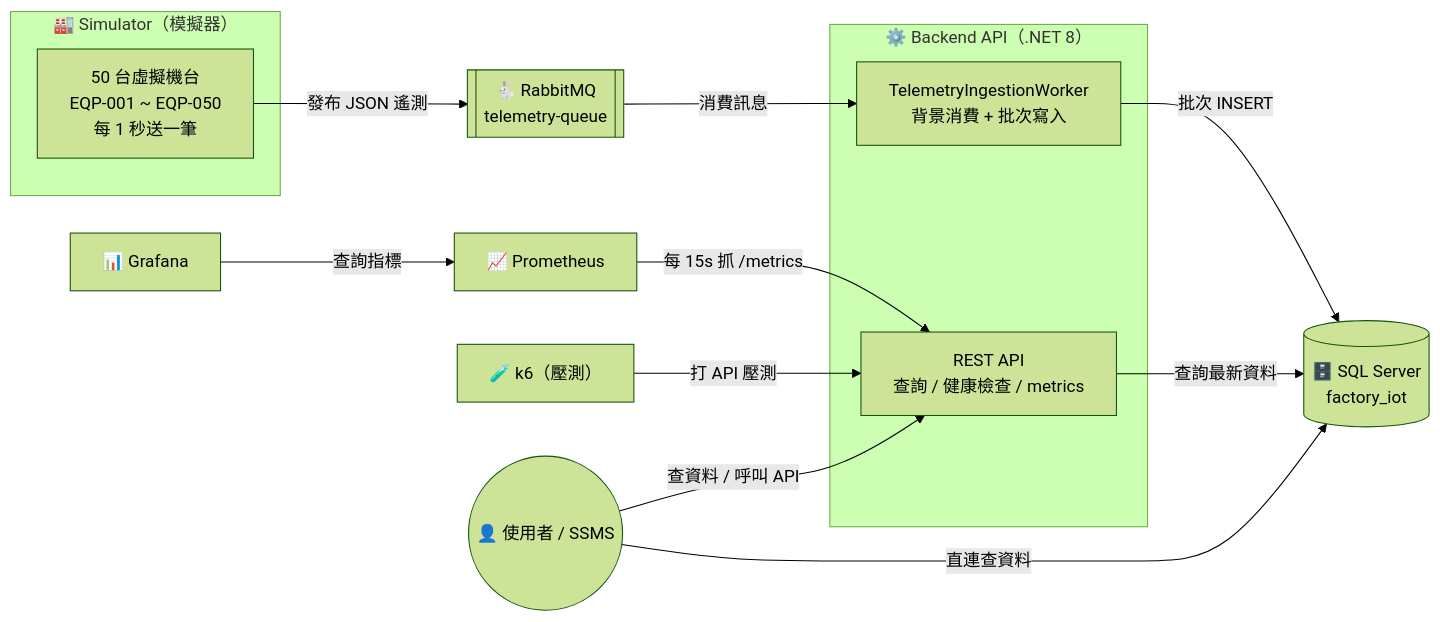
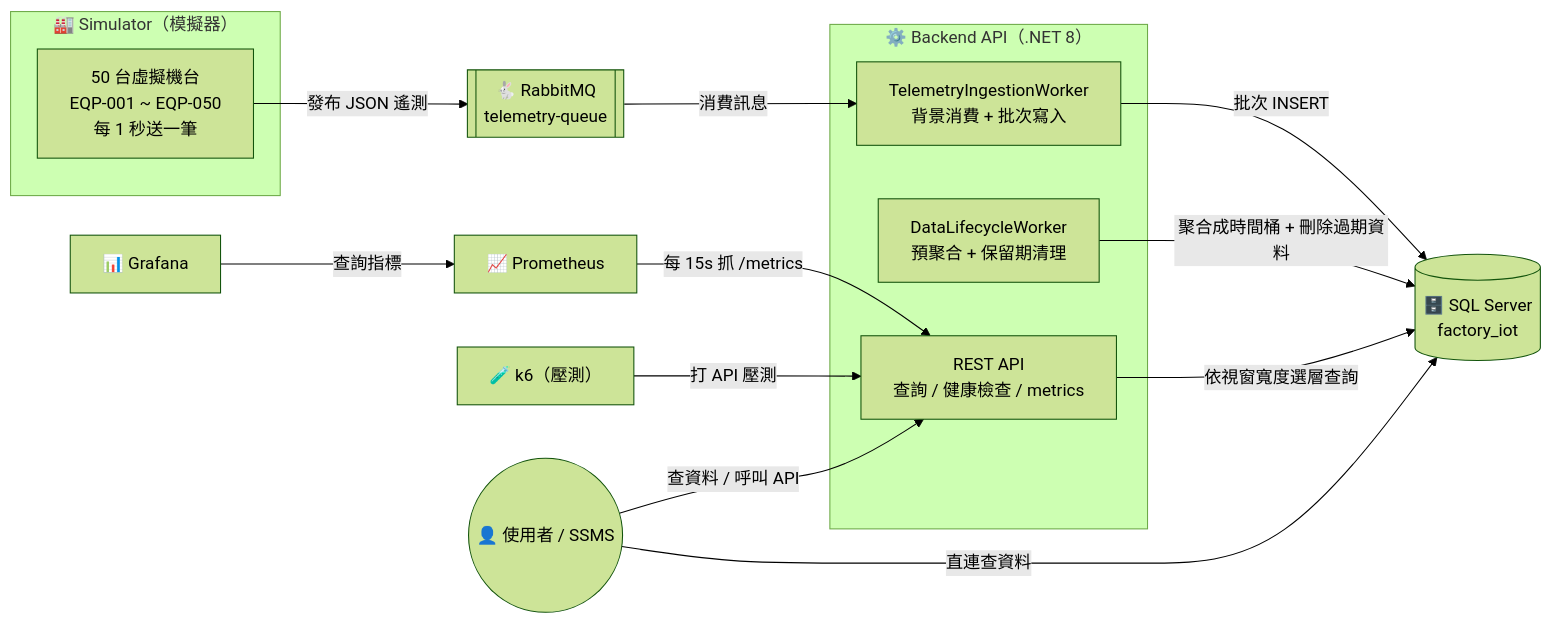
Before and after one commit to Jeffrey-Pai/Factory-IoT-Ingestion-System: the first of 6 diagrams in docs/ARCHITECTURE.md, drawn with Mermaid (forest theme). The commit also changed other lines of this file and 32 other files, not shown here.

````diff
--- a/docs/ARCHITECTURE.md
+++ b/docs/ARCHITECTURE.md
@@ -27,28 +27,30 @@
 ```mermaid
 flowchart LR
     subgraph sim["🏭 Simulator（模擬器）"]
         M["50 台虛擬機台<br/>EQP-001 ~ EQP-050<br/>每 1 秒送一筆"]
     end
 
     subgraph core["⚙️ Backend API（.NET 8）"]
         W["TelemetryIngestionWorker<br/>背景消費 + 批次寫入"]
+        LC["DataLifecycleWorker<br/>預聚合 + 保留期清理"]
         API["REST API<br/>查詢 / 健康檢查 / metrics"]
     end
 
     MQ[["🐇 RabbitMQ<br/>telemetry-queue"]]
     DB[("🗄️ SQL Server<br/>factory_iot")]
     PROM["📈 Prometheus"]
     GRAF["📊 Grafana"]
     K6["🧪 k6（壓測）"]
     USER(("👤 使用者 / SSMS"))
 
     M -- "發布 JSON 遙測" --> MQ
     MQ -- "消費訊息" --> W
     W -- "批次 INSERT" --> DB
-    API -- "查詢最新資料" --> DB
+    LC -- "聚合成時間桶 + 刪除過期資料" --> DB
+    API -- "依視窗寬度選層查詢" --> DB
     PROM -- "每 15s 抓 /metrics" --> API
     GRAF -- "查詢指標" --> PROM
     K6 -- "打 API 壓測" --> API
     USER -- "查資料 / 呼叫 API" --> API
     USER -- "直連查資料" --> DB
 ```
````
